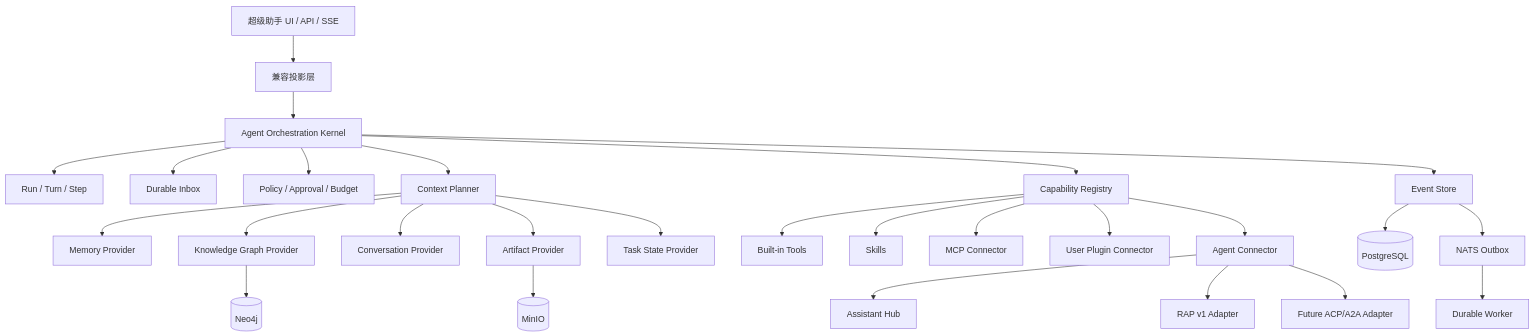
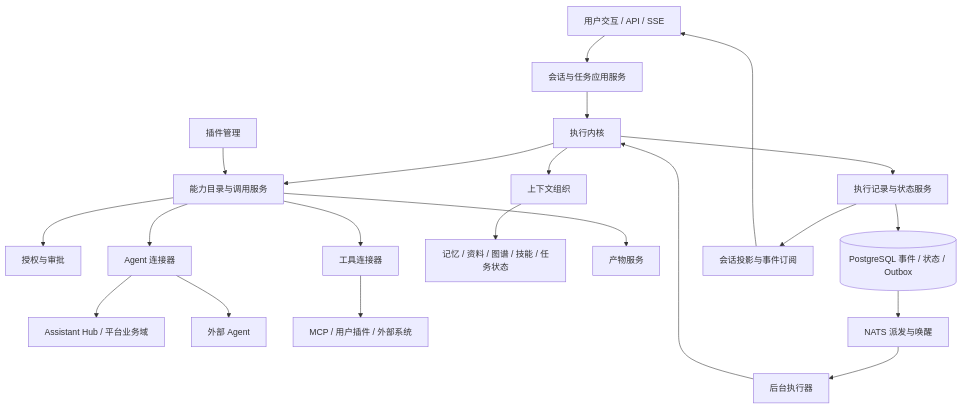
One commit to Carlehyy/OpenOntology changed the diagram in docs/architecture/super-assistant-top-level.md. Above: the diagram before and after it, drawn with Mermaid. The commit also changed other lines of this file and 4 other files, not shown here.

Commit message:
docs: refine assistant capability and agent architecture

````diff
--- a/docs/architecture/super-assistant-top-level.md
+++ b/docs/architecture/super-assistant-top-level.md
@@ -62,34 +33,23 @@
 ```mermaid
-flowchart TD
-    UI[超级助手 UI / API / SSE] --> COMPAT[兼容投影层]
-    COMPAT --> KERNEL[Agent Orchestration Kernel]
-
-    KERNEL --> RUN[Run / Turn / Step]
-    KERNEL --> INBOX[Durable Inbox]
-    KERNEL --> POLICY[Policy / Approval / Budget]
-    KERNEL --> CONTEXT[Context Planner]
-    KERNEL --> CAP[Capability Registry]
-    KERNEL --> EVENTS[Event Store]
-
-    CONTEXT --> MEMORY[Memory Provider]
-    CONTEXT --> KG[Knowledge Graph Provider]
-    CONTEXT --> CONVERSATION[Conversation Provider]
-    CONTEXT --> ARTIFACT[Artifact Provider]
-    CONTEXT --> TASK[Task State Provider]
-
-    CAP --> BUILTIN[Built-in Tools]
-    CAP --> SKILL[Skills]
-    CAP --> MCP[MCP Connector]
-    CAP --> PLUGIN[User Plugin Connector]
-    CAP --> AGENT[Agent Connector]
-
-    AGENT --> HUB[Assistant Hub]
-    AGENT --> RAP[RAP v1 Adapter]
-    AGENT --> FUTURE[Future ACP/A2A Adapter]
-
-    EVENTS --> PG[(PostgreSQL)]
-    EVENTS --> OUTBOX[NATS Outbox]
-    OUTBOX --> WORKER[Durable Worker]
-    ARTIFACT --> OBJECTS[(MinIO)]
-    KG --> GRAPH[(Neo4j)]
+flowchart TB
+    USER[用户交互 / API / SSE] --> APP[会话与任务应用服务]
+    APP --> KERNEL[执行内核]
+    WORKER[后台执行器] --> KERNEL
+    KERNEL --> CONTEXT[上下文组织]
+    KERNEL --> CATALOG[能力目录与调用服务]
+    CATALOG --> POLICY[授权与审批]
+    CATALOG --> TOOLS[工具连接器]
+    CATALOG --> AGENTS[Agent 连接器]
+    AGENTS --> HUB[Assistant Hub / 平台业务域]
+    AGENTS --> REMOTE[外部 Agent]
+    TOOLS --> EXTERNAL[MCP / 用户插件 / 外部系统]
+    PLUGINS[插件管理] --> CATALOG
+    CONTEXT --> KNOWLEDGE[记忆 / 资料 / 图谱 / 技能 / 任务状态]
+    KERNEL --> STORE[执行记录与状态服务]
+    CATALOG --> ARTIFACT[产物服务]
+    STORE --> PG[(PostgreSQL 事件 / 状态 / Outbox)]
+    PG --> DELIVERY[NATS 派发与唤醒]
+    DELIVERY --> WORKER
+    STORE --> VIEW[会话投影与事件订阅]
+    VIEW --> USER
 ```
````
